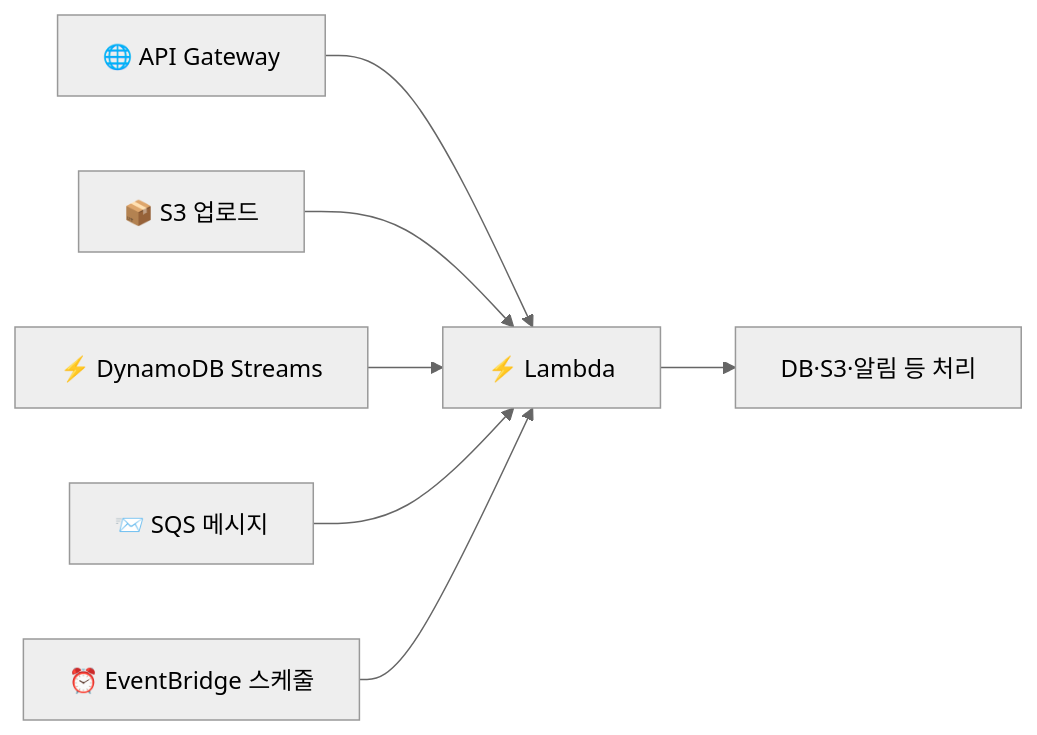
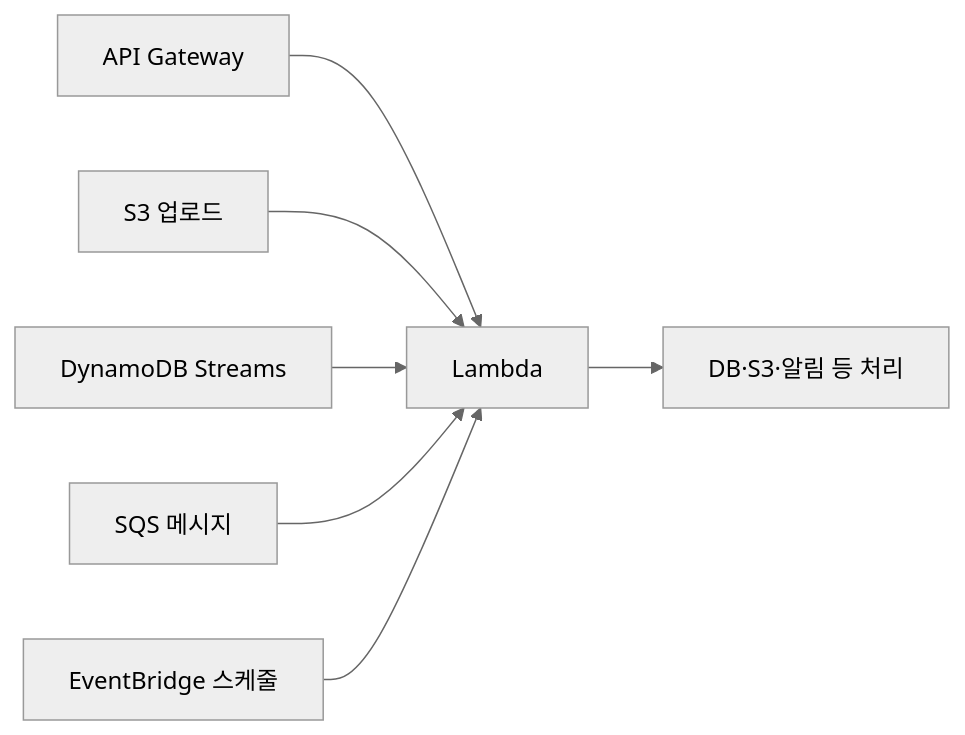
The first of 2 diagrams in contents/aws/compute/lambda/index.mdx (una0801/yoona-tech), drawn with Mermaid (neutral theme) before and after one commit. The commit also changed other lines of this file and 56 other files, not shown here.

````diff
--- a/contents/aws/compute/lambda/index.mdx
+++ b/contents/aws/compute/lambda/index.mdx
@@ -68,9 +52,9 @@
 ```mermaid
 flowchart LR
-    API["🌐 API Gateway"] --> L["⚡ Lambda"]
-    S3["📦 S3 업로드"] --> L
-    DDB["⚡ DynamoDB Streams"] --> L
-    SQS["📨 SQS 메시지"] --> L
-    EB["⏰ EventBridge 스케줄"] --> L
+    API["API Gateway"] --> L["Lambda"]
+    S3["S3 업로드"] --> L
+    DDB["DynamoDB Streams"] --> L
+    SQS["SQS 메시지"] --> L
+    EB["EventBridge 스케줄"] --> L
     L --> Out["DB·S3·알림 등 처리"]
 ```
````
